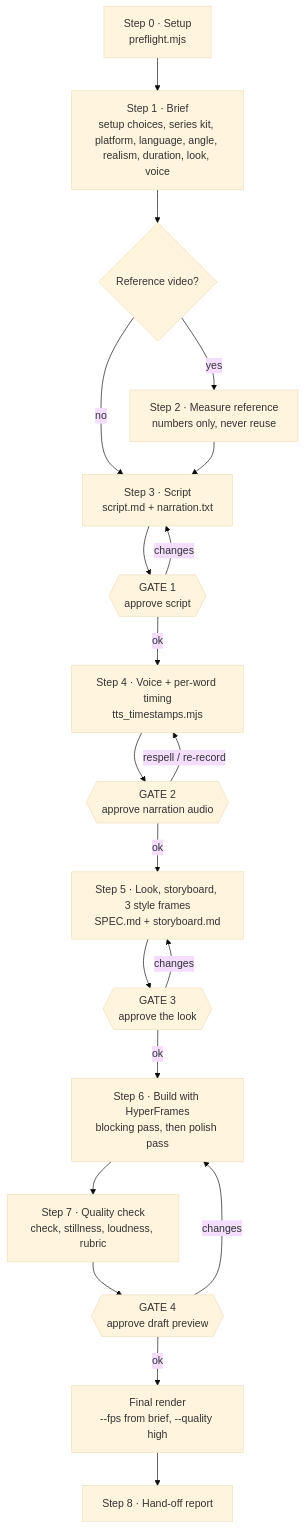
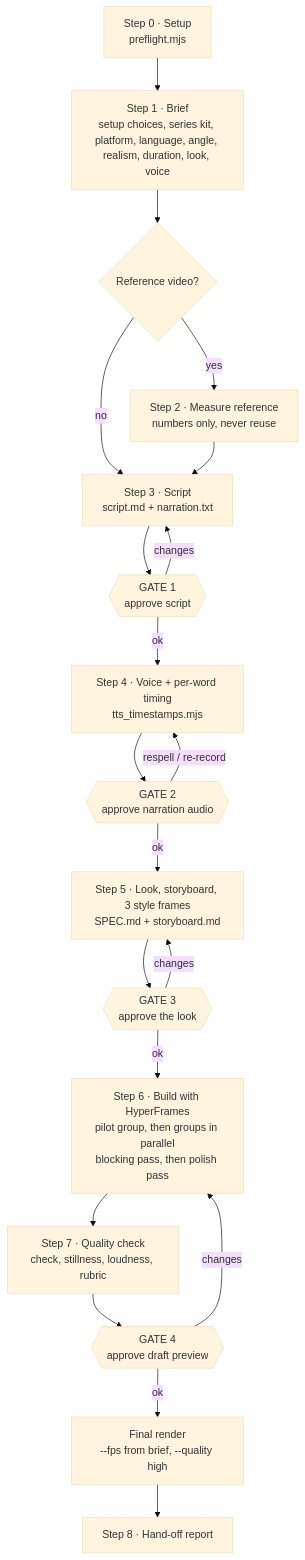
One commit to sandalkuilang/dalang changed the first of 2 diagrams in docs/workflow.md. Above: the diagram before and after it, drawn with Mermaid (base theme). The commit also changed other lines of this file and 6 other files, not shown here.

Commit message:
docs(build): pilot shot group, then groups in parallel subagents as sub-compositions; reading index, SKILL, evals, README, docs, CHANGELOG

````diff
--- a/docs/workflow.md
+++ b/docs/workflow.md
@@ -7,22 +7,22 @@
 ```mermaid
 flowchart TD
     S0["Step 0 · Setup<br/>preflight.mjs"] --> S1["Step 1 · Brief<br/>setup choices, series kit, platform, language, angle, realism, duration, look, voice"]
     S1 --> S2{"Reference video?"}
     S2 -- yes --> M["Step 2 · Measure reference<br/>numbers only, never reuse"]
     S2 -- no --> S3
     M --> S3["Step 3 · Script<br/>script.md + narration.txt"]
     S3 --> G1{{"GATE 1<br/>approve script"}}
     G1 -- changes --> S3
     G1 -- ok --> S4["Step 4 · Voice + per-word timing<br/>tts_timestamps.mjs"]
     S4 --> G2{{"GATE 2<br/>approve narration audio"}}
     G2 -- respell / re-record --> S4
     G2 -- ok --> S5["Step 5 · Look, storyboard, 3 style frames<br/>SPEC.md + storyboard.md"]
     S5 --> G3{{"GATE 3<br/>approve the look"}}
     G3 -- changes --> S5
-    G3 -- ok --> S6["Step 6 · Build with HyperFrames<br/>blocking pass, then polish pass"]
+    G3 -- ok --> S6["Step 6 · Build with HyperFrames<br/>pilot group, then groups in parallel<br/>blocking pass, then polish pass"]
     S6 --> S7["Step 7 · Quality check<br/>check, stillness, loudness, rubric"]
     S7 --> G4{{"GATE 4<br/>approve draft preview"}}
     G4 -- changes --> S6
     G4 -- ok --> R["Final render<br/>--fps from brief, --quality high"]
     R --> S8["Step 8 · Hand-off report"]
 ```
````
